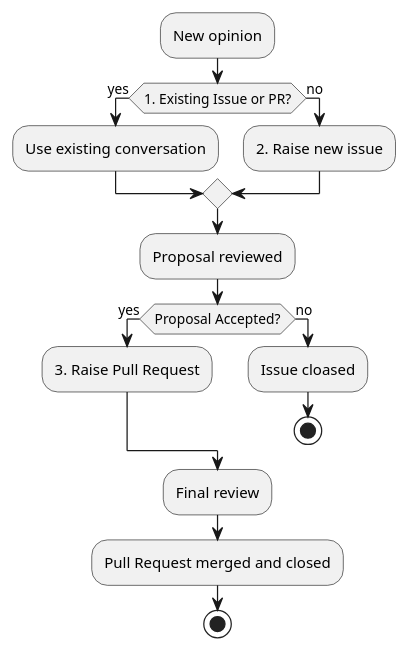
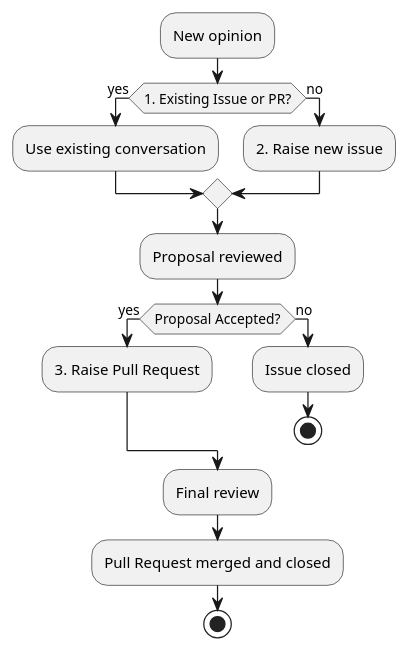
The diagram in docs/diagrams/contributing-process.plantuml (sky-uk/csp-tech-radar), drawn with PlantUML before and after one commit. The commit also changed 1 other file, not shown here.

```diff
--- a/docs/diagrams/contributing-process.plantuml
+++ b/docs/diagrams/contributing-process.plantuml
@@ -1,25 +1,25 @@
 @startuml contributing-process
 
 :New opinion;
 
 if (1. Existing Issue or PR?) then (yes)
     :Use existing conversation;
 else (no)
     :2. Raise new issue;
 endif
 
 :Proposal reviewed;
 
 if (Proposal Accepted?) then (yes)
     :3. Raise Pull Request;
 else (no)
-    :Issue cloased;
+    :Issue closed;
     stop
 endif
 
 :Final review;
 
 :Pull Request merged and closed;
 stop
 
 @enduml
```
